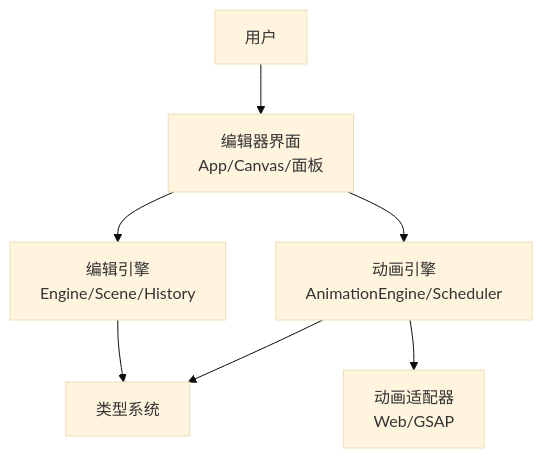
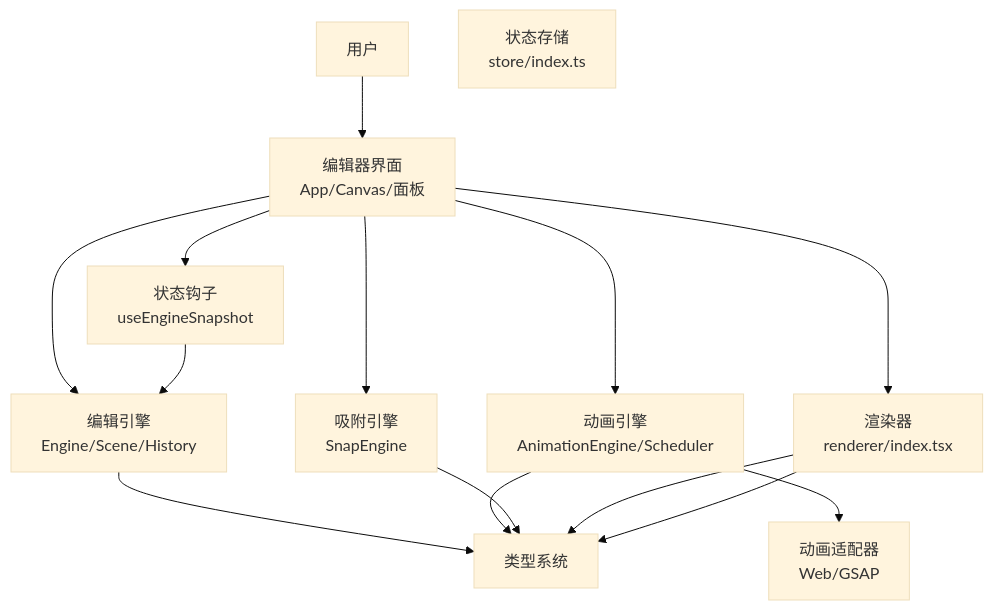
Before and after one commit to Anna0314zy/ai_editor_enginer: the tenth of 11 diagrams in .qoder/repowiki/zh/content/核心架构/核心架构.md, drawn with Mermaid (base theme). The commit also changed other lines of this file and 7 other files, not shown here.

````diff
--- a/.qoder/repowiki/zh/content/核心架构/核心架构.md
+++ b/.qoder/repowiki/zh/content/核心架构/核心架构.md
@@ -412,15 +598,26 @@
 ```mermaid
 graph TB
 User["用户"]
 UI["编辑器界面<br/>App/Canvas/面板"]
 Engine["编辑引擎<br/>Engine/Scene/History"]
 Anim["动画引擎<br/>AnimationEngine/Scheduler"]
+Snap["吸附引擎<br/>SnapEngine"]
+Hooks["状态钩子<br/>useEngineSnapshot"]
 Adapters["动画适配器<br/>Web/GSAP"]
+Renderer["渲染器<br/>renderer/index.tsx"]
 Types["类型系统"]
+Store["状态存储<br/>store/index.ts"]
 User --> UI
 UI --> Engine
 UI --> Anim
+UI --> Snap
+UI --> Hooks
+UI --> Renderer
 Engine --> Types
 Anim --> Types
 Anim --> Adapters
+Snap --> Types
+Hooks --> Engine
+Renderer --> Types
+Renderer --> Types
 ```
````
